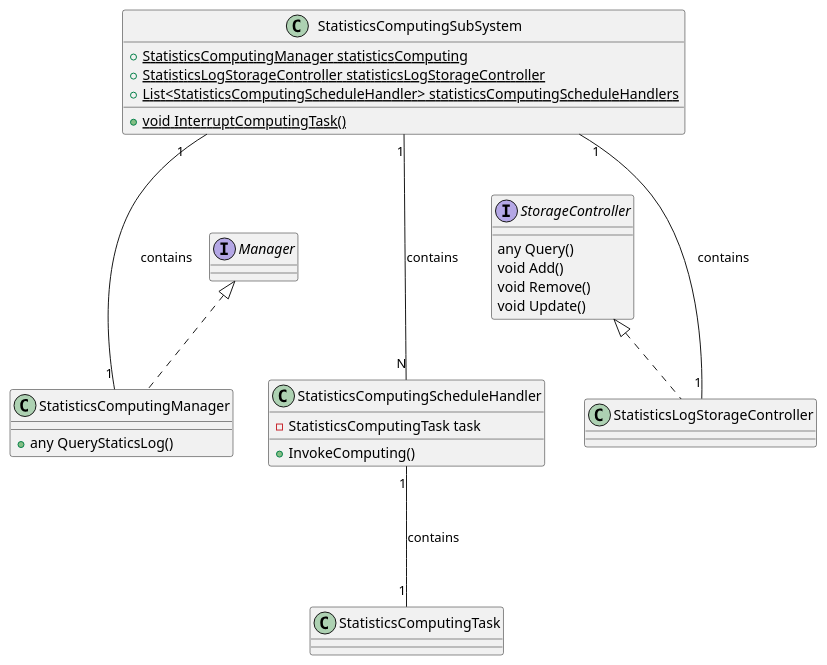
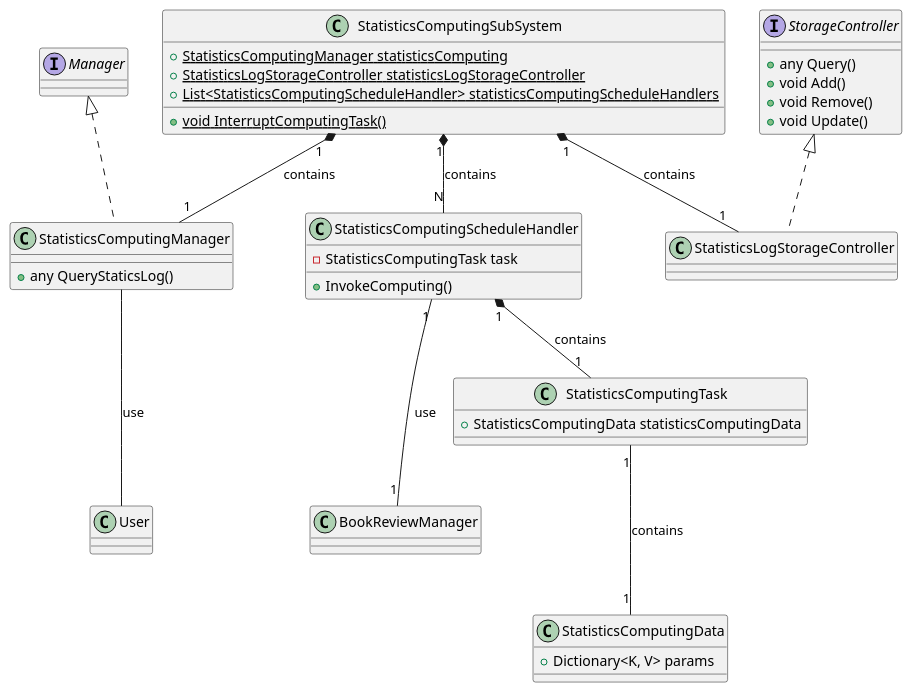
One commit to ShapeLayer/se-lecture-task__project-structure-definitions changed the diagram in src/Statistics.puml. Above: the diagram before and after it, drawn with PlantUML. The commit also changed 20 other files, not shown here.

```diff
--- a/src/Statistics.puml
+++ b/src/Statistics.puml
@@ -1,37 +1,52 @@
 @startuml
 Interface Manager
 Interface StorageController {
-    any Query()
-    void Add()
-    void Remove()
-    void Update()
+    + any Query()
+    + void Add()
+    + void Remove()
+    + void Update()
 }
 
-class StatisticsComputingTask {}
+' Statistics
+
+class StatisticsComputingData {
+    + Dictionary<K, V> params
+}
+
+class StatisticsComputingTask {
+    + StatisticsComputingData statisticsComputingData
+}
+
+StatisticsComputingTask "1" --- "1" StatisticsComputingData : contains
 
 class StatisticsComputingManager implements Manager {
     + any QueryStaticsLog()
 }
+
+StatisticsComputingManager --- User : use
+
+' Todo: StatisticsLog
 
 class StatisticsLogStorageController implements StorageController {}
 
 class StatisticsComputingScheduleHandler {
     - StatisticsComputingTask task
     + InvokeComputing()
 }
 
-StatisticsComputingScheduleHandler "1" --- "1" StatisticsComputingTask : contains
+StatisticsComputingScheduleHandler "1" --- "1" BookReviewManager : use
+StatisticsComputingScheduleHandler "1" *-- "1" StatisticsComputingTask : contains
 
 ' StatisticsComputing SubSystem
 class StatisticsComputingSubSystem {
     + {static} StatisticsComputingManager statisticsComputing
     + {static} StatisticsLogStorageController statisticsLogStorageController
     + {static} List<StatisticsComputingScheduleHandler> statisticsComputingScheduleHandlers
     + {static} void InterruptComputingTask()
 }
 
-StatisticsComputingSubSystem "1" --- "1" StatisticsComputingManager : contains
-StatisticsComputingSubSystem "1" --- "1" StatisticsLogStorageController : contains
-StatisticsComputingSubSystem "1" --- "N" StatisticsComputingScheduleHandler : contains
+StatisticsComputingSubSystem "1" *-- "1" StatisticsComputingManager : contains
+StatisticsComputingSubSystem "1" *-- "1" StatisticsLogStorageController : contains
+StatisticsComputingSubSystem "1" *-- "N" StatisticsComputingScheduleHandler : contains
 
 @enduml
```
